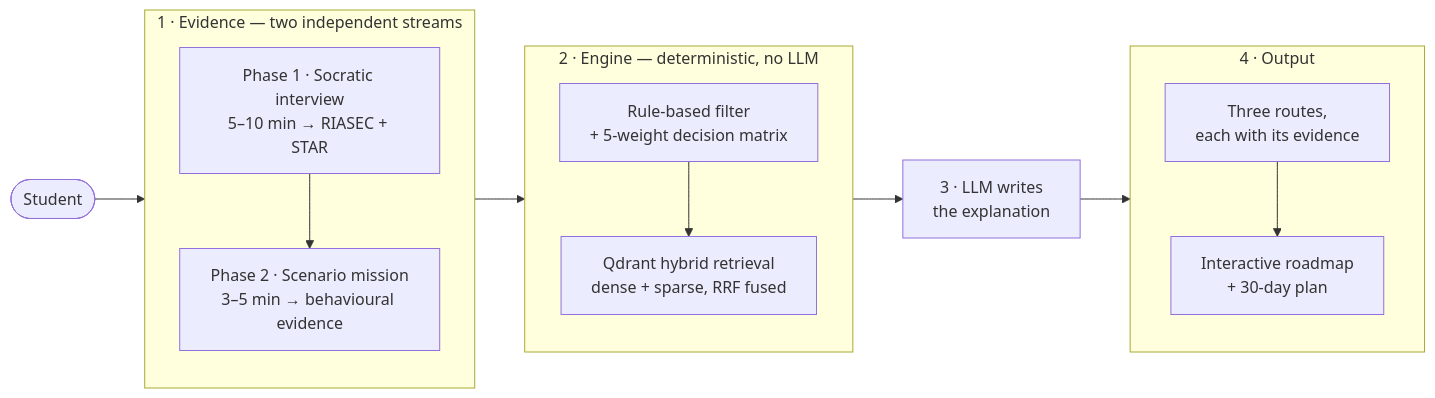
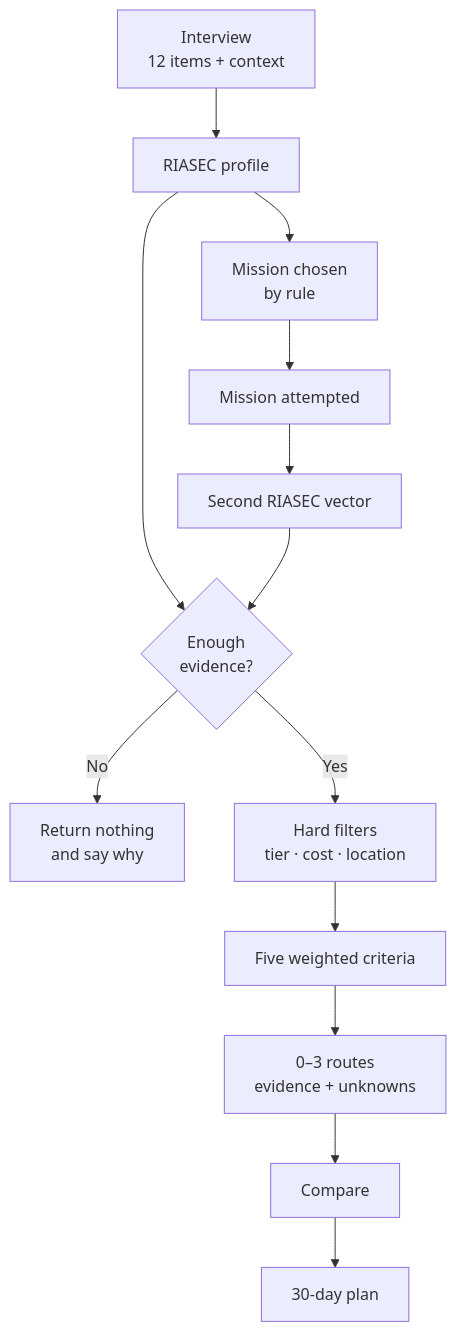
Before and after one commit to winxtxrgit/futureme-ai: the first of 4 diagrams in READMEEN.md, drawn with Mermaid. The commit also changed other lines of this file and 4 other files, not shown here.

````diff
--- a/READMEEN.md
+++ b/READMEEN.md
@@ -129,30 +175,15 @@
 ```mermaid
-flowchart LR
-    A(["Student"]) --> B
-
-    subgraph EV ["1 · Evidence — two independent streams"]
-        direction TB
-        B["Phase 1 · Socratic interview<br/>5–10 min → RIASEC + STAR"]
-        C["Phase 2 · Scenario mission<br/>3–5 min → behavioural evidence"]
-        B --> C
-    end
-
-    C --> D
-
-    subgraph EN ["2 · Engine — deterministic, no LLM"]
-        direction TB
-        D["Rule-based filter<br/>+ 5-weight decision matrix"]
-        E["Qdrant hybrid retrieval<br/>dense + sparse, RRF fused"]
-        D --> E
-    end
-
-    E --> F["3 · LLM writes<br/>the explanation"]
-    F --> G
-
-    subgraph OUT ["4 · Output"]
-        direction TB
-        G["Three routes,<br/>each with its evidence"]
-        H["Interactive roadmap<br/>+ 30-day plan"]
-        G --> H
-    end
+flowchart TD
+    A["Interview<br/>12 items + context"] --> B["RIASEC profile"]
+    B --> C["Mission chosen<br/>by rule"]
+    C --> D["Mission attempted"]
+    D --> E["Second RIASEC vector"]
+    B --> F{"Enough<br/>evidence?"}
+    E --> F
+    F -->|No| G["Return nothing<br/>and say why"]
+    F -->|Yes| H["Hard filters<br/>tier · cost · location"]
+    H --> I["Five weighted criteria"]
+    I --> J["0–3 routes<br/>evidence + unknowns"]
+    J --> K["Compare"]
+    K --> L["30-day plan"]
 ```
````
